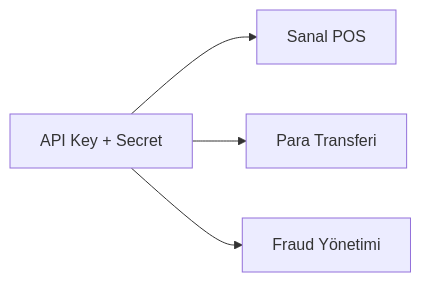
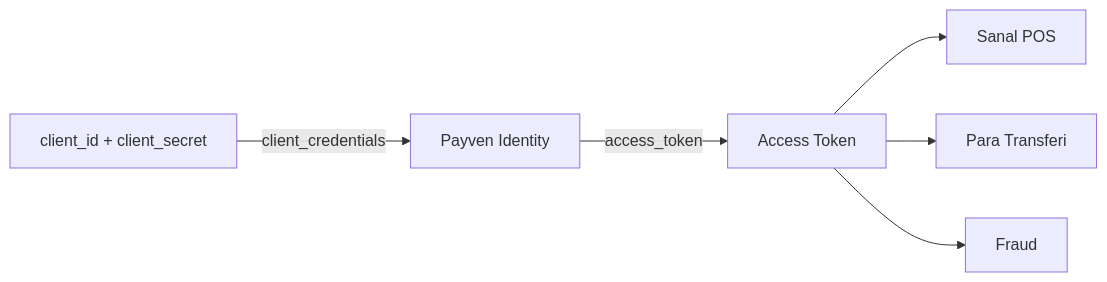
Before and after one commit to payment-pos/mintlify: the diagram in documentation/account-model.mdx, drawn with Mermaid. The commit also changed other lines of this file and 73 other files, not shown here.

````diff
--- a/documentation/account-model.mdx
+++ b/documentation/account-model.mdx
@@ -79,7 +81,8 @@
 ```mermaid
 flowchart LR
-    Key["API Key + Secret"]
-    Key --> VPOS["Sanal POS"]
-    Key --> Transfer["Para Transferi"]
-    Key --> Fraud["Fraud Yönetimi"]
+    Key["client_id + client_secret"] -->|"client_credentials"| Identity["Payven Identity"]
+    Identity -->|"access_token"| Token["Access Token"]
+    Token --> VPOS["Sanal POS"]
+    Token --> Transfer["Para Transferi"]
+    Token --> Fraud["Fraud"]
 ```
````
